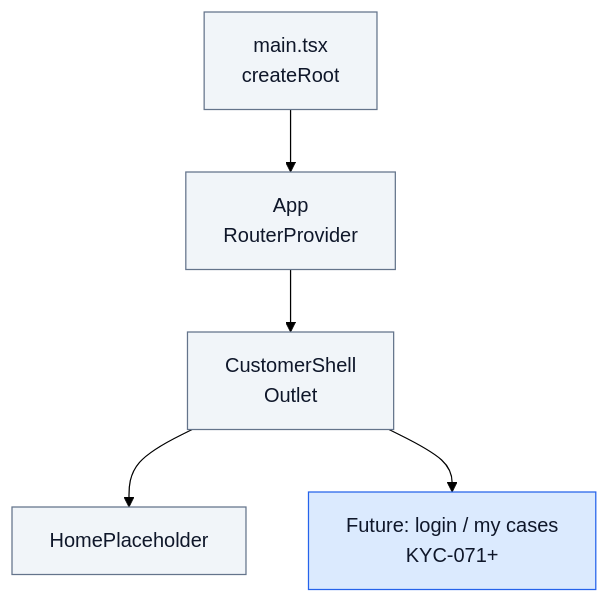
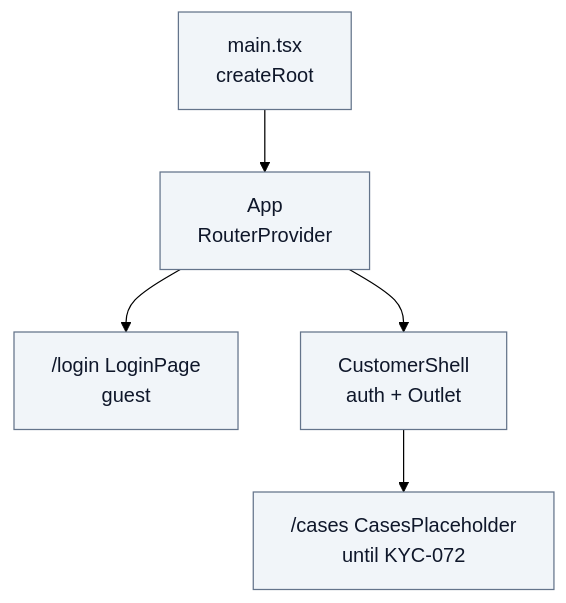
Before and after one commit to SDS37/kyc-multi-frontend: the second of 2 diagrams in docs/frontend-code-standards.md, drawn with Mermaid (forest theme). The commit also changed other lines of this file and 23 other files, not shown here.

First line of the commit message:
feat(react): KYC-071 customer login (#100)

````diff
--- a/docs/frontend-code-standards.md
+++ b/docs/frontend-code-standards.md
@@ -441,12 +441,11 @@
 ```mermaid
 flowchart TB
   Main["main.tsx<br/>createRoot"] --> App["App<br/>RouterProvider"]
-  App --> Shell["CustomerShell<br/>Outlet"]
-  Shell --> Home["HomePlaceholder"]
-  Shell --> Cases["Future: login / my cases<br/>KYC-071+"]
+  App --> Login["/login LoginPage<br/>guest"]
+  App --> Shell["CustomerShell<br/>auth + Outlet"]
+  Shell --> Cases["/cases CasesPlaceholder<br/>until KYC-072"]
 
   classDef now fill:#f1f5f9,stroke:#64748b,color:#0f172a
   classDef next fill:#dbeafe,stroke:#2563eb,color:#0f172a
-  class Main,App,Shell,Home now
-  class Cases next
+  class Main,App,Login,Shell,Cases now
 ```
````
